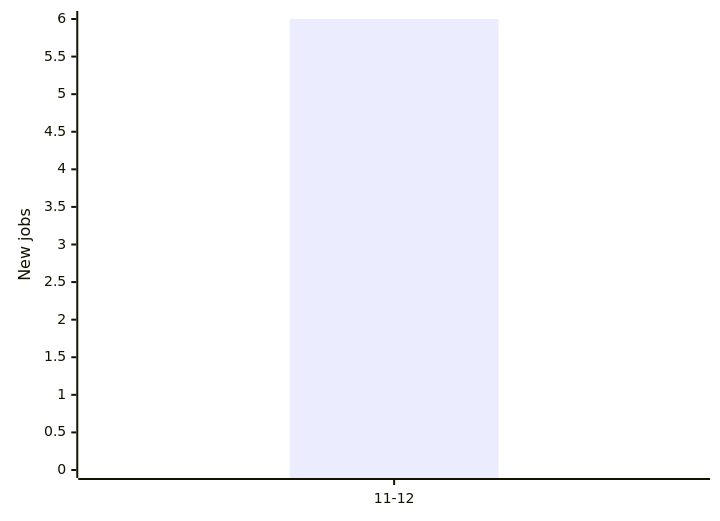
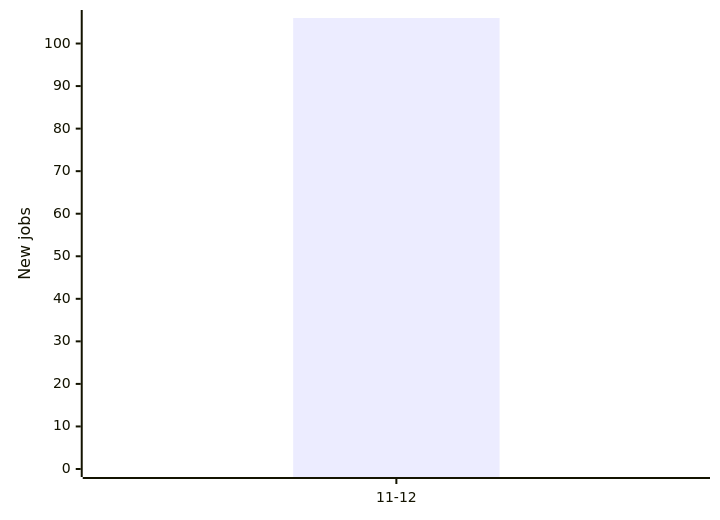
Before and after one commit to Mwangimark/frontend-job-tracker: the diagram in README.md, drawn with Mermaid. The commit also changed other lines of this file and 2 other files, not shown here.

````diff
--- a/README.md
+++ b/README.md
@@ -16,7 +16,7 @@
 ```mermaid
 xychart-beta
     x-axis ["11-12"]
-    y-axis "New jobs" 0 --> 6
-    bar [6]
-    line [3]
+    y-axis "New jobs" 0 --> 106
+    bar [106]
+    line [7]
 ```
````
